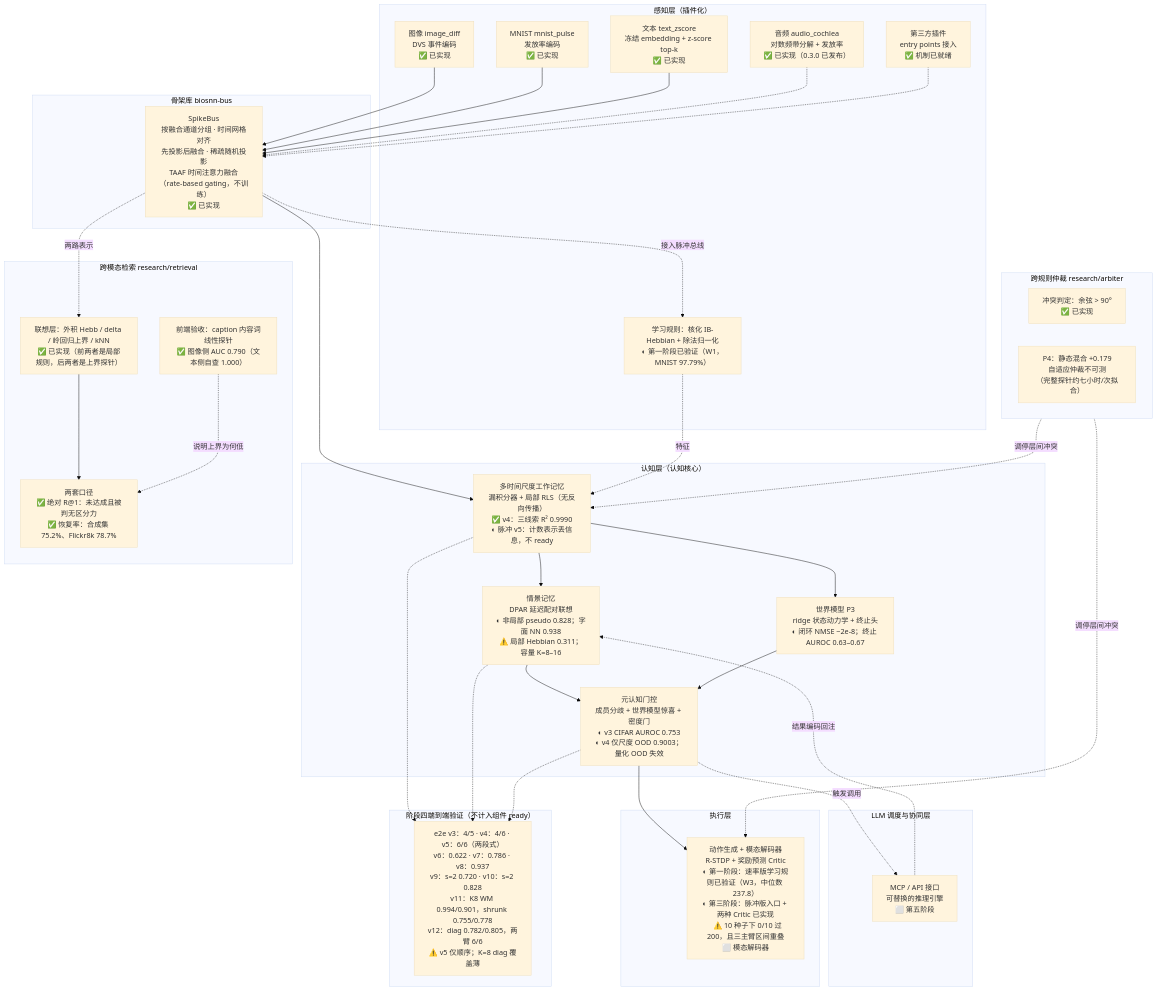
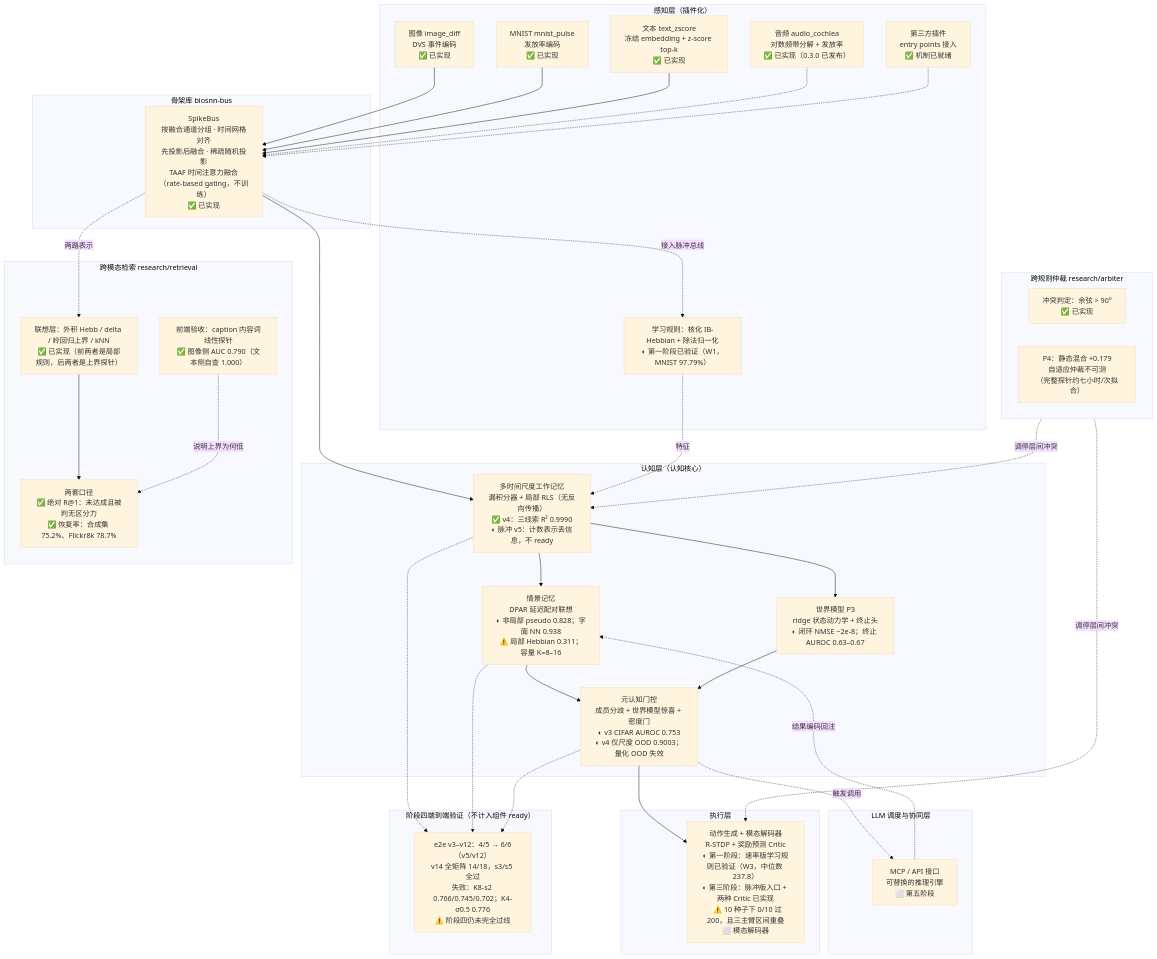
The diagram in README.md (lzmd-arch/BioSNN-Plug), drawn with Mermaid (base theme) before and after one commit. The commit also changed other lines of this file and 8 other files, not shown here.

````diff
--- a/README.md
+++ b/README.md
@@ -126,71 +126,71 @@
 ```mermaid
 flowchart TB
     subgraph L5["LLM 调度与协同层"]
         MCP["MCP / API 接口<br/>可替换的推理引擎<br/>⬜ 第五阶段"]
     end
 
     subgraph L4["执行层"]
         ACT["动作生成 + 模态解码器<br/>R-STDP + 奖励预测 Critic<br/>◐ 第一阶段：速率版学习规则已验证（W3，中位数 237.8）<br/>◐ 第三阶段：脉冲版入口 + 两种 Critic 已实现<br/>&nbsp;&nbsp;&nbsp;⚠️ 10 种子下 0/10 过 200，且三主臂区间重叠<br/>⬜ 模态解码器"]
     end
 
     subgraph L3["认知层（认知核心）"]
         WM["多时间尺度工作记忆<br/>漏积分器 + 局部 RLS（无反向传播）<br/>✅ v4：三线索 R² 0.9990<br/>◐ 脉冲 v5：计数表示丢信息，不 ready"]
         EM["情景记忆<br/>DPAR 延迟配对联想<br/>◐ 非局部 pseudo 0.828；字面 NN 0.938<br/>⚠️ 局部 Hebbian 0.311；容量 K=8–16"]
         MG["元认知门控<br/>成员分歧 + 世界模型惊喜 + 密度门<br/>◐ v3 CIFAR AUROC 0.753<br/>◐ v4 仅尺度 OOD 0.9003；量化 OOD 失效"]
         WMODEL["世界模型 P3<br/>ridge 状态动力学 + 终止头<br/>◐ 闭环 NMSE ~2e-8；终止 AUROC 0.63–0.67"]
     end
 
     subgraph ARB["跨规则仲裁 research/arbiter"]
         CF["冲突判定：余弦 > 90°<br/>✅ 已实现"]
         ES["P4：静态混合 +0.179<br/>自适应仲裁不可测<br/>（完整探针约七小时/次拟合）"]
     end
 
     subgraph L2["骨架库 biosnn-bus"]
         BUS["SpikeBus<br/>按融合通道分组 · 时间网格对齐<br/>先投影后融合 · 稀疏随机投影<br/>TAAF 时间注意力融合（rate-based gating，不训练）<br/>✅ 已实现"]
     end
 
     subgraph L1["感知层（插件化）"]
         IMG["图像 image_diff<br/>DVS 事件编码<br/>✅ 已实现"]
         MN["MNIST mnist_pulse<br/>发放率编码<br/>✅ 已实现"]
         TXT["文本 text_zscore<br/>冻结 embedding + z-score top-k<br/>✅ 已实现"]
         AUD["音频 audio_cochlea<br/>对数频带分解 + 发放率<br/>✅ 已实现（0.3.0 已发布）"]
         THIRD["第三方插件<br/>entry points 接入<br/>✅ 机制已就绪"]
         HEB["学习规则：核化 IB-Hebbian + 除法归一化<br/>◐ 第一阶段已验证（W1，MNIST 97.79%）"]
     end
 
     IMG --> BUS
     MN --> BUS
     TXT --> BUS
     AUD -.-> BUS
     THIRD -.-> BUS
 
     BUS --> WM
     BUS -.->|接入脉冲总线| HEB
     HEB -.->|特征| WM
     WM --> EM
     WM --> WMODEL
     EM --> MG
     WMODEL --> MG
     MG --> ACT
     MG -.->|触发调用| MCP
     MCP -.->|结果编码回注| EM
     ARB -.->|调停层间冲突| WM
     ARB -.->|调停层间冲突| ACT
 
     subgraph W4["跨模态检索 research/retrieval"]
         FAC["联想层：外积 Hebb / delta / 岭回归上界 / kNN<br/>✅ 已实现（前两者是局部规则，后两者是上界探针）"]
         CRIT["两套口径<br/>✅ 绝对 R@1：未达成且被判无区分力<br/>✅ 恢复率：合成集 75.2%、Flickr8k 78.7%"]
         FE["前端验收：caption 内容词线性探针<br/>✅ 图像侧 AUC 0.790（文本侧自查 1.000）"]
     end
 
     BUS -.->|两路表示| FAC
     FAC --> CRIT
     FE -.->|说明上界为何低| CRIT
 
     subgraph S4["阶段四端到端验证（不计入组件 ready）"]
-        E2E["e2e v3：4/5 · v4：4/6 · v5：6/6（两段式）<br/>v6：0.622 · v7：0.786 · v8：0.937<br/>v9：s=2 0.720 · v10：s=2 0.828<br/>v11：K8 WM 0.994/0.901，shrunk 0.755/0.778<br/>v12：diag 0.782/0.805，两臂 6/6<br/>⚠️ v5 仅顺序；K=8 diag 覆盖薄"]
+        E2E["e2e v3–v12：4/5 → 6/6（v5/v12）<br/>v14 全矩阵 14/18，s3/s5 全过<br/>失败：K8-s2 0.766/0.745/0.702；K4-σ0.5 0.776<br/>⚠️ 阶段四仍未完全过线"]
     end
     WM -.-> E2E
     EM -.-> E2E
     MG -.-> E2E
 ```
````
